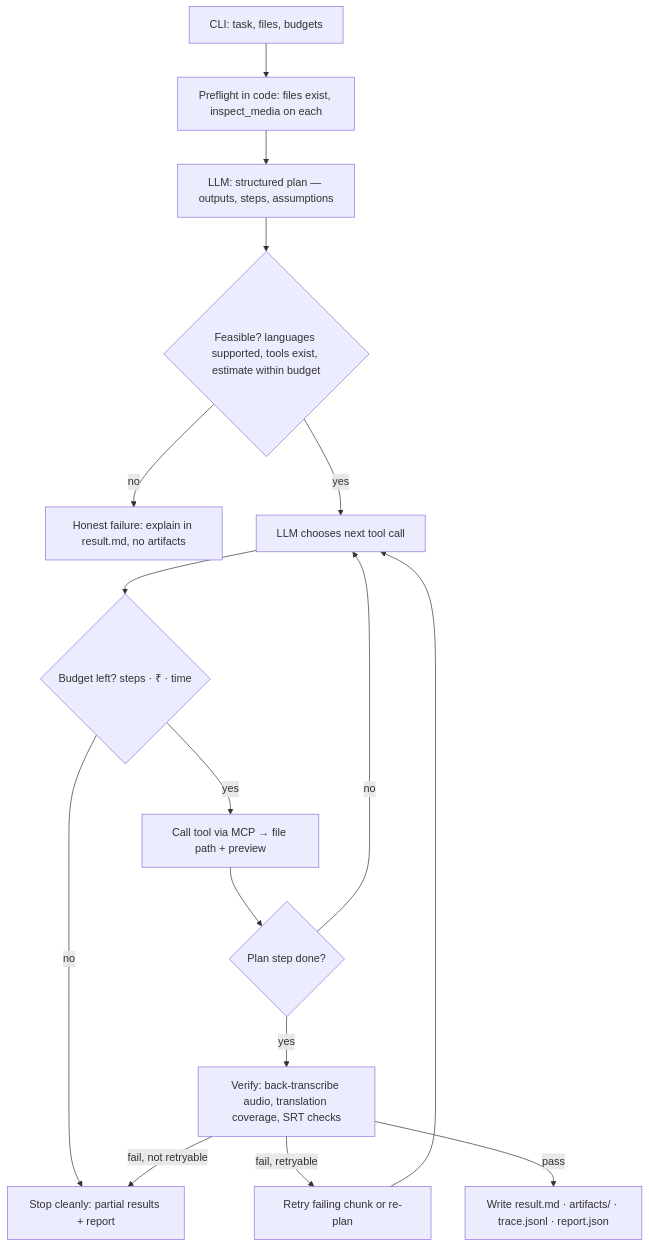
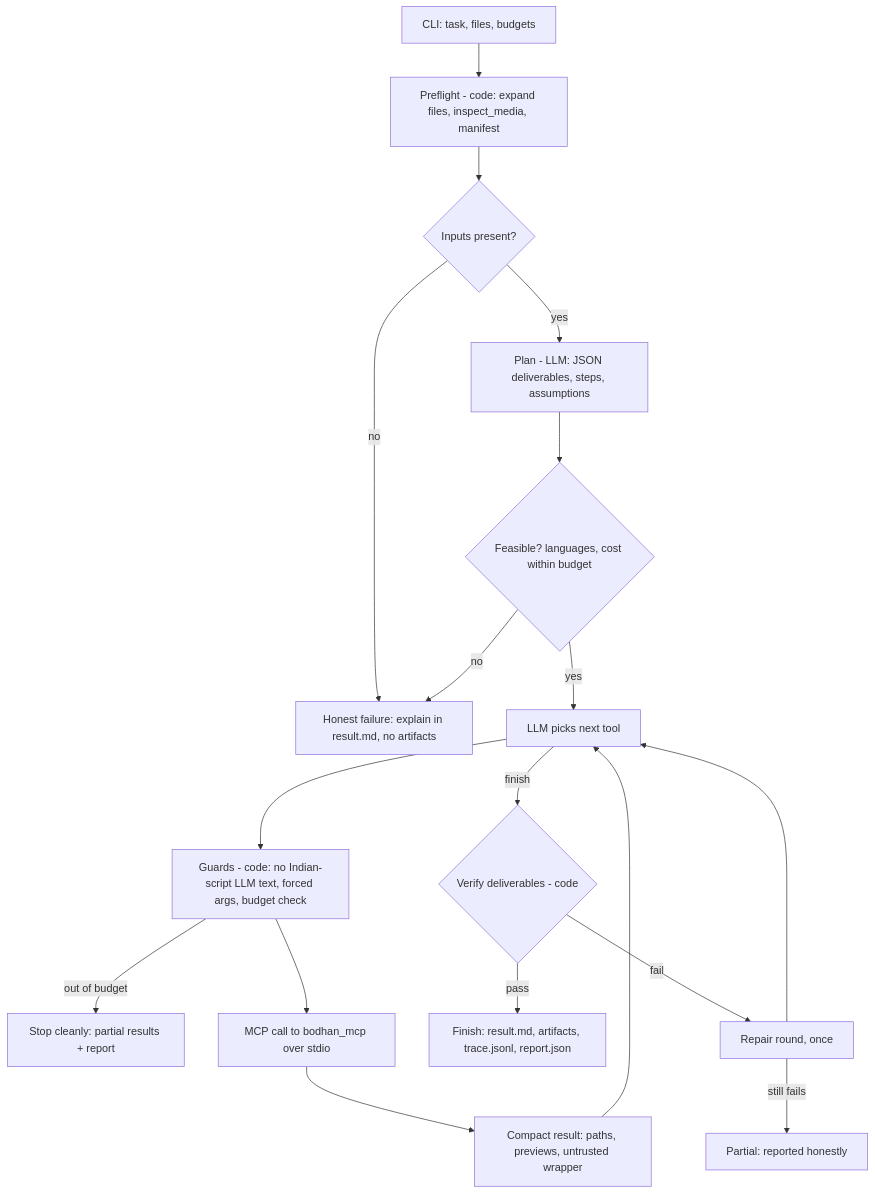
One commit to Bodhan-AI/Bodhan-AI-Cookbook changed the diagram in examples/bodhan_tool_agent/docs/agent_flow.md. Above: the diagram before and after it, drawn with Mermaid. The commit also changed other lines of this file and 27 other files, not shown here.

First line of the commit message:
feat(examples): add task agent with planning, guards, verification and budgets

````diff
--- a/examples/bodhan_tool_agent/docs/agent_flow.md
+++ b/examples/bodhan_tool_agent/docs/agent_flow.md
@@ -3,17 +23,20 @@
 ```mermaid
 flowchart TD
-  A[CLI: task, files, budgets] --> B[Preflight in code: files exist, inspect_media on each]
-  B --> C[LLM: structured plan — outputs, steps, assumptions]
-  C --> D{Feasible? languages supported, tools exist, estimate within budget}
-  D -- no --> X[Honest failure: explain in result.md, no artifacts]
-  D -- yes --> E[LLM chooses next tool call]
-  E --> F{Budget left? steps · ₹ · time}
-  F -- no --> P[Stop cleanly: partial results + report]
-  F -- yes --> G[Call tool via MCP → file path + preview]
-  G --> H{Plan step done?}
-  H -- no --> E
-  H -- yes --> V[Verify: back-transcribe audio, translation coverage, SRT checks]
-  V -- fail, retryable --> R[Retry failing chunk or re-plan] --> E
-  V -- fail, not retryable --> P
-  V -- pass --> W[Write result.md · artifacts/ · trace.jsonl · report.json]
+  A[CLI: task, files, budgets] --> B[Preflight - code: expand files, inspect_media, manifest]
+  B --> C{Inputs present?}
+  C -- no --> X[Honest failure: explain in result.md, no artifacts]
+  C -- yes --> D[Plan - LLM: JSON deliverables, steps, assumptions]
+  D --> E{Feasible? languages, cost within budget}
+  E -- no --> X
+  E -- yes --> F[LLM picks next tool]
+  F --> G[Guards - code: no Indian-script LLM text, forced args, budget check]
+  G -- out of budget --> S[Stop cleanly: partial results + report]
+  G --> H[MCP call to bodhan_mcp over stdio]
+  H --> I[Compact result: paths, previews, untrusted wrapper]
+  I --> F
+  F -- finish --> V{Verify deliverables - code}
+  V -- pass --> W[Finish: result.md, artifacts, trace.jsonl, report.json]
+  V -- fail --> R[Repair round, once]
+  R --> F
+  R -- still fails --> P[Partial: reported honestly]
 ```
````
